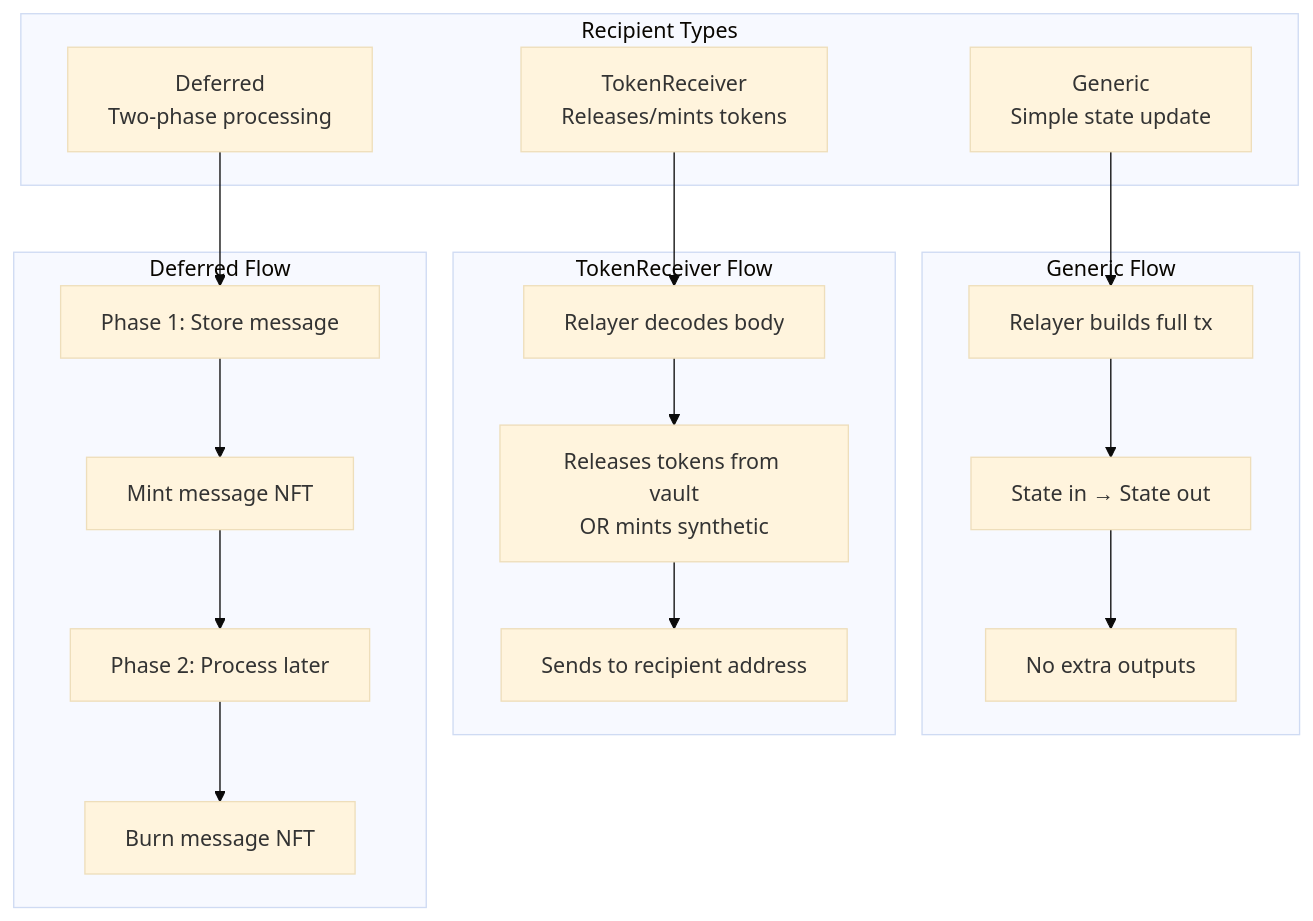
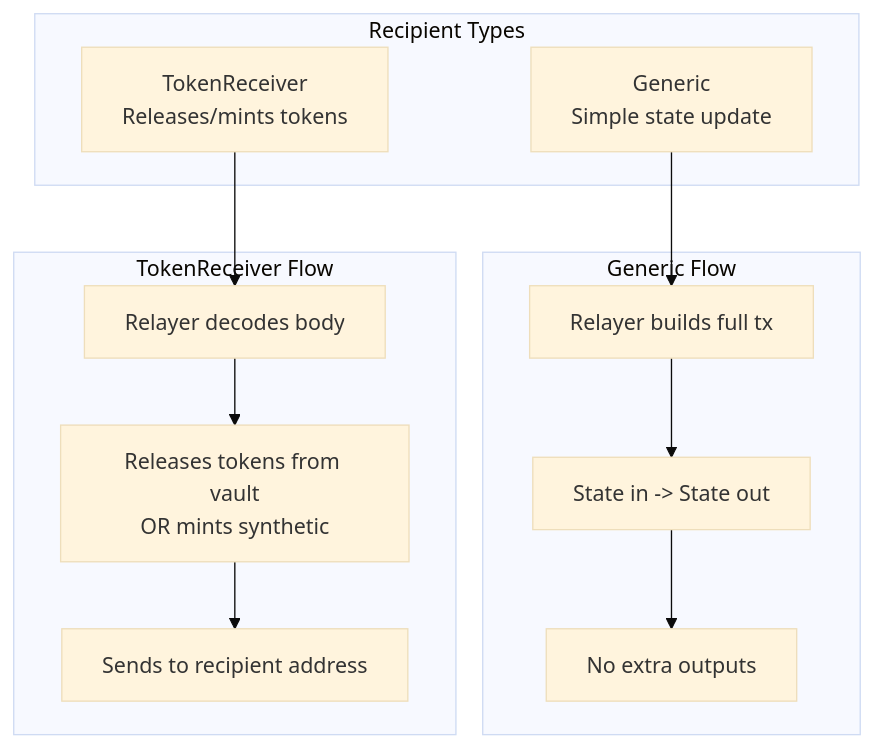
Diagram 12 of 13 in cardano/docs/DESIGN.md (eigerco/hyperlane-monorepo), drawn with Mermaid (base theme) before and after one commit. The commit also changed other lines of this file and 7 other files, not shown here.

````diff
--- a/cardano/docs/DESIGN.md
+++ b/cardano/docs/DESIGN.md
@@ -592,31 +565,22 @@
 ```mermaid
 flowchart TB
     subgraph Types["Recipient Types"]
         GEN["Generic<br/>Simple state update"]
         TOK["TokenReceiver<br/>Releases/mints tokens"]
-        DEF["Deferred<br/>Two-phase processing"]
     end
 
     subgraph Generic["Generic Flow"]
         G1["Relayer builds full tx"]
-        G2["State in → State out"]
+        G2["State in -> State out"]
         G3["No extra outputs"]
     end
 
     subgraph Token["TokenReceiver Flow"]
         T1["Relayer decodes body"]
         T2["Releases tokens from vault<br/>OR mints synthetic"]
         T3["Sends to recipient address"]
     end
 
-    subgraph Deferred["Deferred Flow"]
-        D1["Phase 1: Store message"]
-        D2["Mint message NFT"]
-        D3["Phase 2: Process later"]
-        D4["Burn message NFT"]
-    end
-
     GEN --> G1 --> G2 --> G3
     TOK --> T1 --> T2 --> T3
-    DEF --> D1 --> D2 --> D3 --> D4
 ```
````
